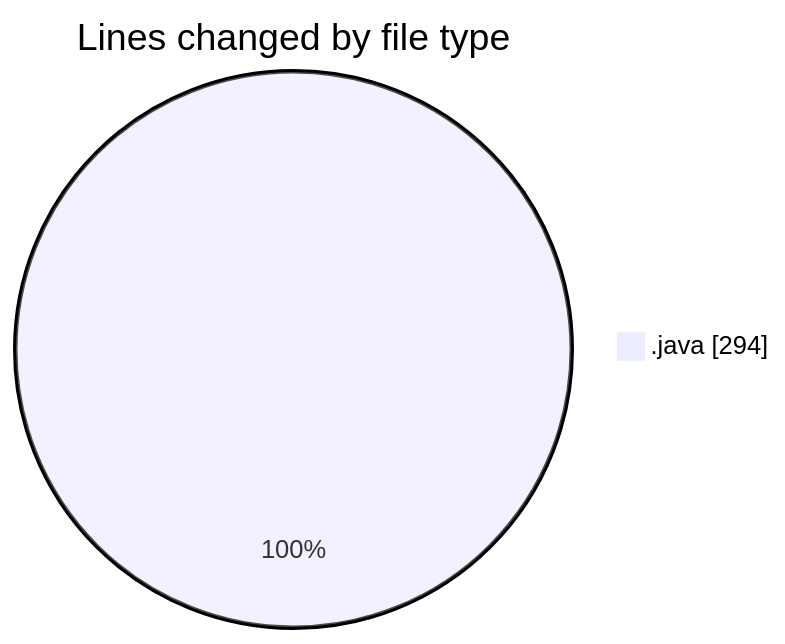
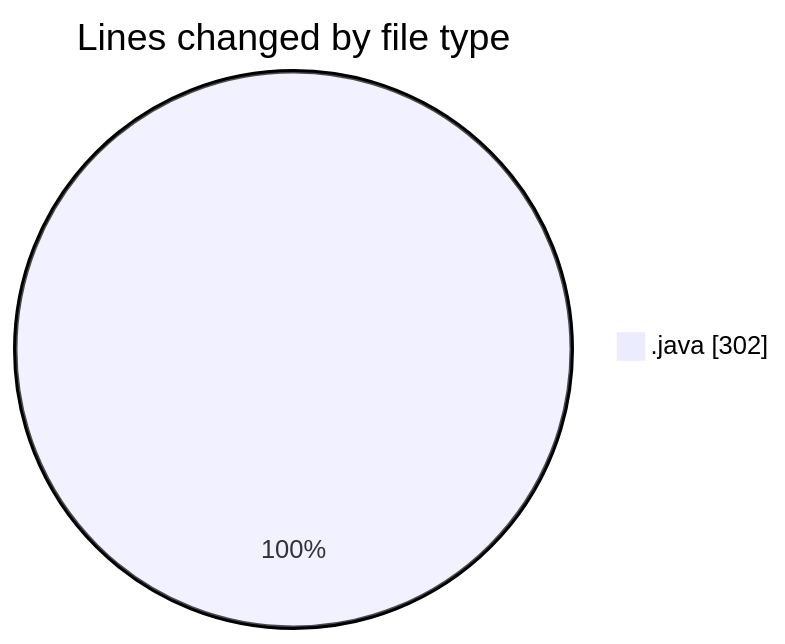
One commit to ricardozamudiocil/code-tracking changed the first of 2 diagrams in 2026-04-10/cilapp/README.md. Above: the diagram before and after it, drawn with Mermaid. The commit also changed other lines of this file and 1 other file, not shown here.

````diff
--- a/2026-04-10/cilapp/README.md
+++ b/2026-04-10/cilapp/README.md
@@ -23,5 +23,5 @@
 ```mermaid
 pie showData
 title Lines changed by file type
-".java" : 294
+".java" : 302
 ```
````
